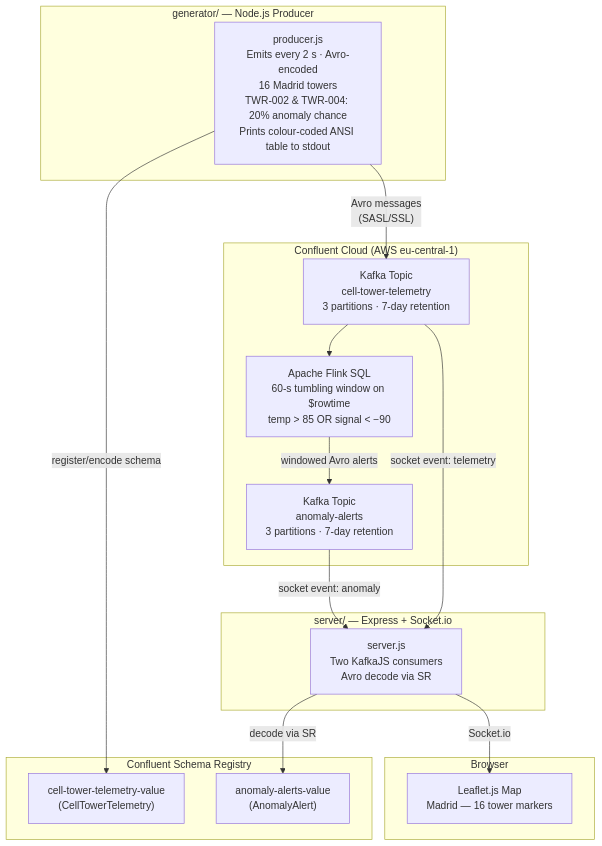
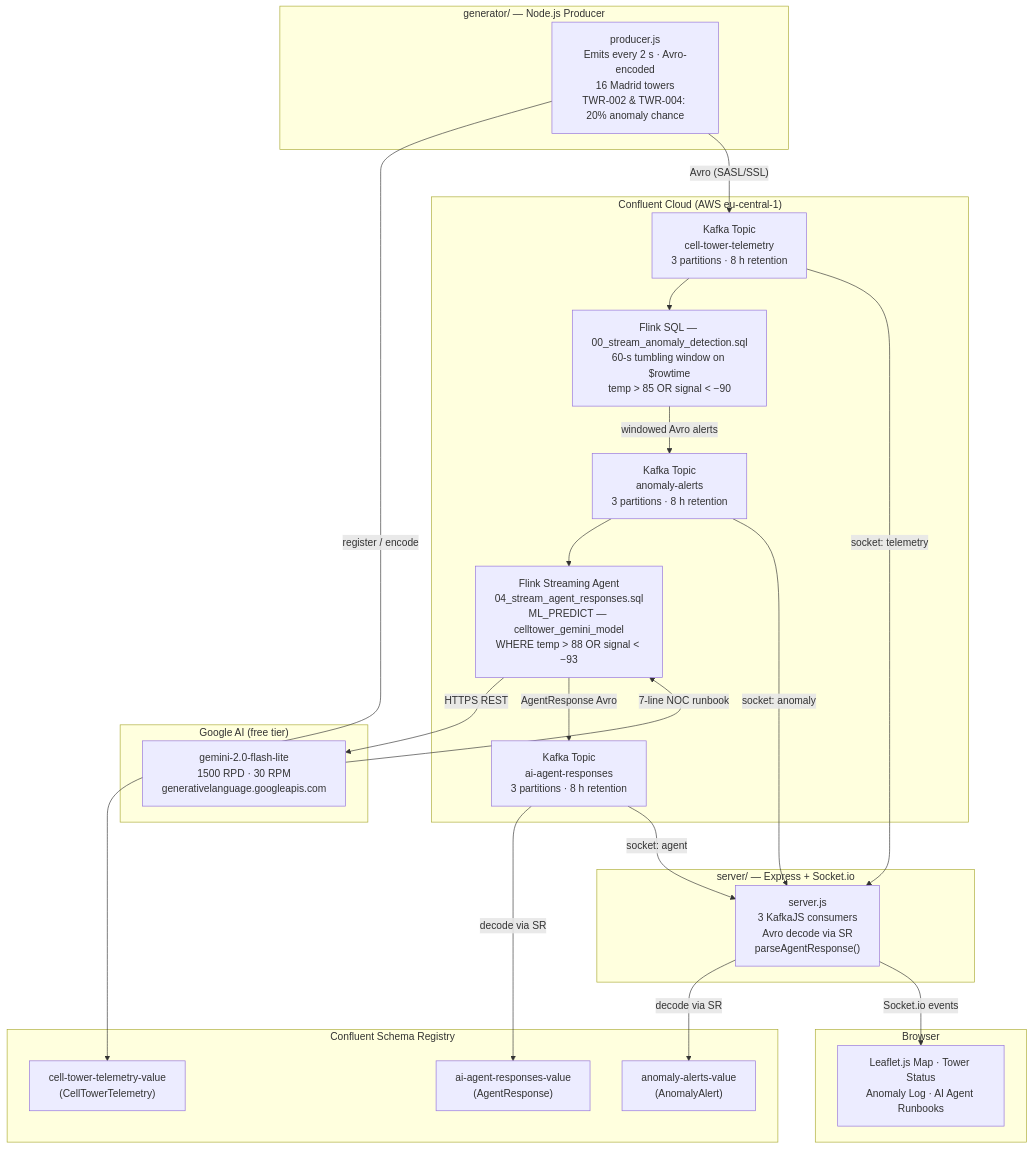
One commit to george-cassar/confluent-realtime-5g-telco changed the diagram in README.md. Above: the diagram before and after it, drawn with Mermaid. The commit also changed other lines of this file and 17 other files, not shown here.

Commit message:
CFLT Streaming Agent - Google Gemini

````diff
--- a/README.md
+++ b/README.md
@@ -180,34 +197,47 @@
 ```mermaid
 flowchart TD
     subgraph Generator ["generator/ — Node.js Producer"]
-        G["producer.js\nEmits every 2 s · Avro-encoded\n16 Madrid towers\nTWR-002 & TWR-004: 20% anomaly chance\nPrints colour-coded ANSI table to stdout"]
+        G["producer.js\nEmits every 2 s · Avro-encoded\n16 Madrid towers\nTWR-002 & TWR-004: 20% anomaly chance"]
     end
 
     subgraph SR ["Confluent Schema Registry"]
         S1["cell-tower-telemetry-value\n(CellTowerTelemetry)"]
         S2["anomaly-alerts-value\n(AnomalyAlert)"]
+        S3["ai-agent-responses-value\n(AgentResponse)"]
     end
 
     subgraph Confluent ["Confluent Cloud (AWS eu-central-1)"]
-        T1["Kafka Topic\ncell-tower-telemetry\n3 partitions · 7-day retention"]
-        F["Apache Flink SQL\n60-s tumbling window on $rowtime\ntemp > 85 OR signal < −90"]
-        T2["Kafka Topic\nanomaly-alerts\n3 partitions · 7-day retention"]
+        T1["Kafka Topic\ncell-tower-telemetry\n3 partitions · 8 h retention"]
+        F["Flink SQL — 00_stream_anomaly_detection.sql\n60-s tumbling window on $rowtime\ntemp > 85 OR signal < −90"]
+        T2["Kafka Topic\nanomaly-alerts\n3 partitions · 8 h retention"]
+        AGT["Flink Streaming Agent\n04_stream_agent_responses.sql\nML_PREDICT — celltower_gemini_model\nWHERE temp > 88 OR signal < −93"]
+        T3["Kafka Topic\nai-agent-responses\n3 partitions · 8 h retention"]
     end
 
     subgraph Server ["server/ — Express + Socket.io"]
-        SV["server.js\nTwo KafkaJS consumers\nAvro decode via SR"]
+        SV["server.js\n3 KafkaJS consumers\nAvro decode via SR\nparseAgentResponse()"]
     end
 
     subgraph Browser ["Browser"]
-        MAP["Leaflet.js Map\nMadrid — 16 tower markers"]
+        MAP["Leaflet.js Map · Tower Status\nAnomaly Log · AI Agent Runbooks"]
     end
 
-    G -- "register/encode schema" --> S1
-    G -- "Avro messages\n(SASL/SSL)" --> T1
+    subgraph Gemini ["Google AI (free tier)"]
+        GM["gemini-2.0-flash-lite\n1500 RPD · 30 RPM\ngenerativelanguage.googleapis.com"]
+    end
+
+    G -- "register / encode" --> S1
+    G -- "Avro (SASL/SSL)" --> T1
     T1 --> F
     F -- "windowed Avro alerts" --> T2
-    T1 -- "socket event: telemetry" --> SV
-    T2 -- "socket event: anomaly" --> SV
+    T2 --> AGT
+    AGT -- "HTTPS REST" --> GM
+    GM -- "7-line NOC runbook" --> AGT
+    AGT -- "AgentResponse Avro" --> T3
+    T3 -- "decode via SR" --> S3
+    T1 -- "socket: telemetry" --> SV
+    T2 -- "socket: anomaly" --> SV
+    T3 -- "socket: agent" --> SV
     SV -- "decode via SR" --> S2
-    SV -- "Socket.io" --> MAP
+    SV -- "Socket.io events" --> MAP
 ```
````
